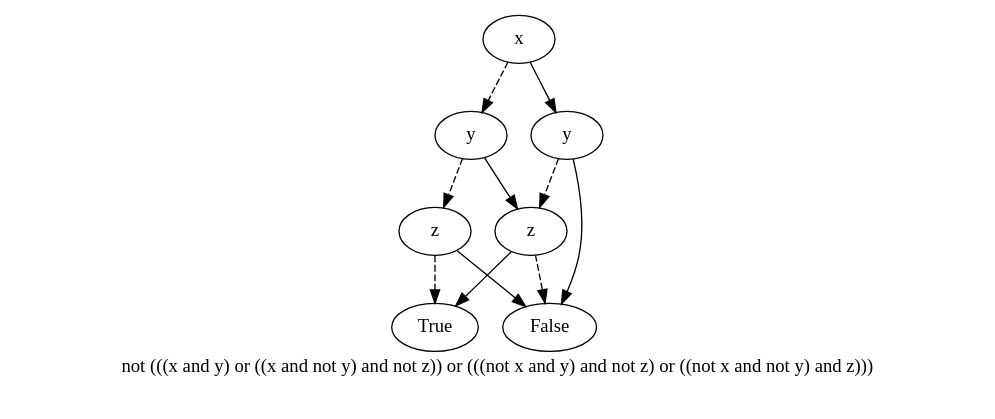
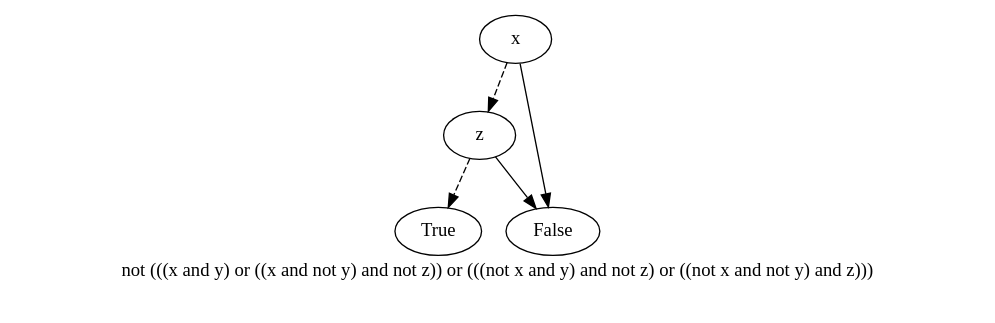
One commit to O1ez/IncreasingResilienceOfAutomatedVehicles changed the diagram in out/test1/end_2_bdd_not_f.dot. Above: the diagram before and after it, drawn with Graphviz. The commit also changed 52 other files, not shown here.

```diff
--- a/out/test1/end_2_bdd_not_f.dot
+++ b/out/test1/end_2_bdd_not_f.dot
@@ -1,33 +1,15 @@
 digraph{
 label="not (((x and y) or ((x and not y) and not z)) or (((not x and y) and not z) or ((not x and not y) and z)))\n\n"
-1947379547376[label=x]1947379546896[label="y
+2746076255632[label=x]2746076256912[label="z
 "]
-1947379547376 -> 1947379546896[style=dashed label="" fontcolor = gray]
-1947379546576[label="z
+2746076255632 -> 2746076256912[style=dashed label="" fontcolor = gray]
+2746076257232[label="True
 "]
-1947379546896 -> 1947379546576[style=dashed label="" fontcolor = gray]
-1947379546736[label="True
+2746076256912 -> 2746076257232[style=dashed label="" fontcolor = gray]
+2746076256752[label="False
 "]
-1947379546576 -> 1947379546736[style=dashed label="" fontcolor = gray]
-1947379547216[label="False
+2746076256912 -> 2746076256752 [label="" fontcolor = gray]
+2746076256752[label="False
 "]
-1947379546576 -> 1947379547216 [label="" fontcolor = gray]
-1947379546096[label="z
-"]
-1947379546896 -> 1947379546096 [label="" fontcolor = gray]
-1947379547216[label="False
-"]
-1947379546096 -> 1947379547216[style=dashed label="" fontcolor = gray]
-1947379546736[label="True
-"]
-1947379546096 -> 1947379546736 [label="" fontcolor = gray]
-1947379541616[label="y
-"]
-1947379547376 -> 1947379541616 [label="" fontcolor = gray]
-1947379546096[label="z
-"]
-1947379541616 -> 1947379546096[style=dashed label="" fontcolor = gray]
-1947379547216[label="False
-"]
-1947379541616 -> 1947379547216 [label="" fontcolor = gray]
+2746076255632 -> 2746076256752 [label="" fontcolor = gray]
 }
```
